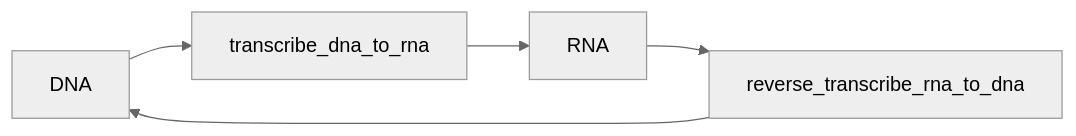
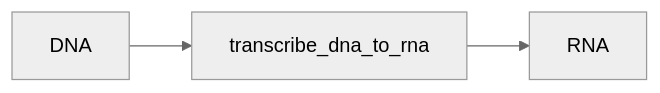
The diagram in docs/dna/transcription.md (docxology/MetaInformAnt), drawn with Mermaid (neutral theme) before and after one commit. The commit also changed other lines of this file and 532 other files, not shown here.

````diff
--- a/docs/dna/transcription.md
+++ b/docs/dna/transcription.md
@@ -5,5 +5,4 @@
 ```mermaid
 flowchart LR
   A[DNA] --> BtranscribeDnaToRna[transcribe_dna_to_rna] --> C[RNA]
-  C --> DreverseTranscribeRnaToDna[reverse_transcribe_rna_to_dna] --> A
 ```
````
